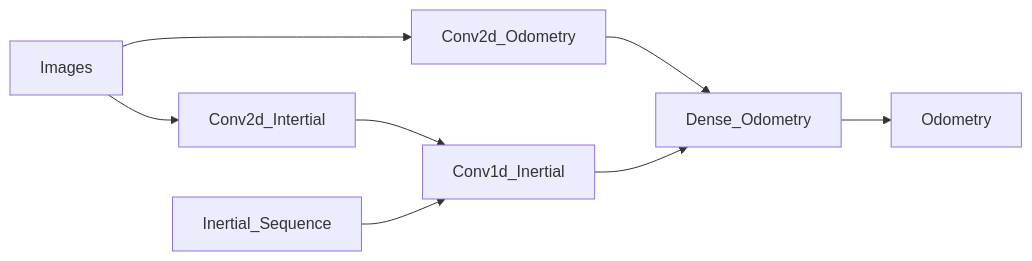
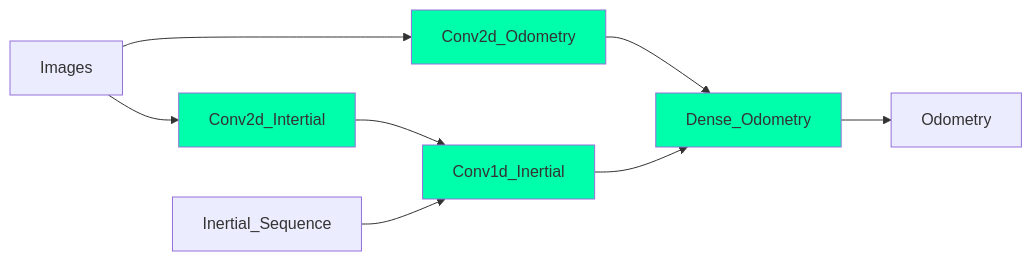
The diagram in README.md (RijadSK/almost-vio), drawn with Mermaid before and after one commit.

Commit message:
minor update README

````diff
--- a/README.md
+++ b/README.md
@@ -7,10 +7,15 @@
 ```mermaid
 graph LR;
     Images-->Conv2d_Odometry;
     Images-->Conv2d_Intertial;
     Conv2d_Odometry-->Dense_Odometry;
     Conv2d_Intertial-->Conv1d_Inertial;
     Inertial_Sequence-->Conv1d_Inertial;
     Conv1d_Inertial-->Dense_Odometry;
     Dense_Odometry-->Odometry;
+
+    style Conv2d_Odometry fill:#00ffaa;
+    style Conv1d_Inertial fill:#00ffaa;
+    style Dense_Odometry fill:#00ffaa;
+    style Conv2d_Intertial fill:#00ffaa;
 ```
````
